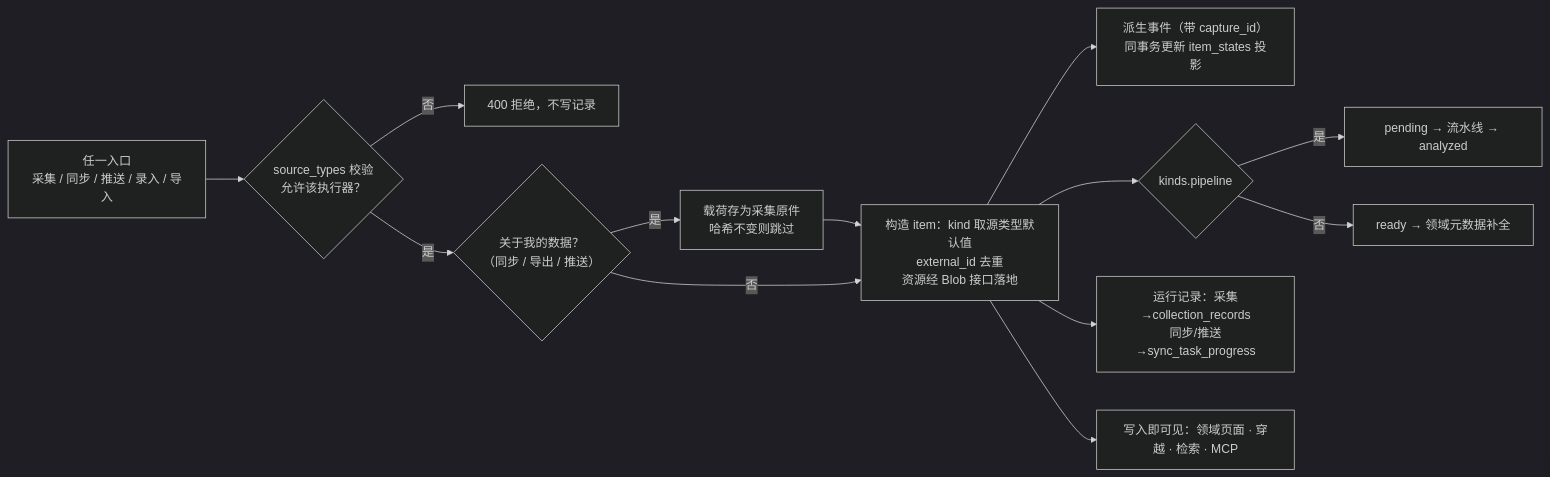
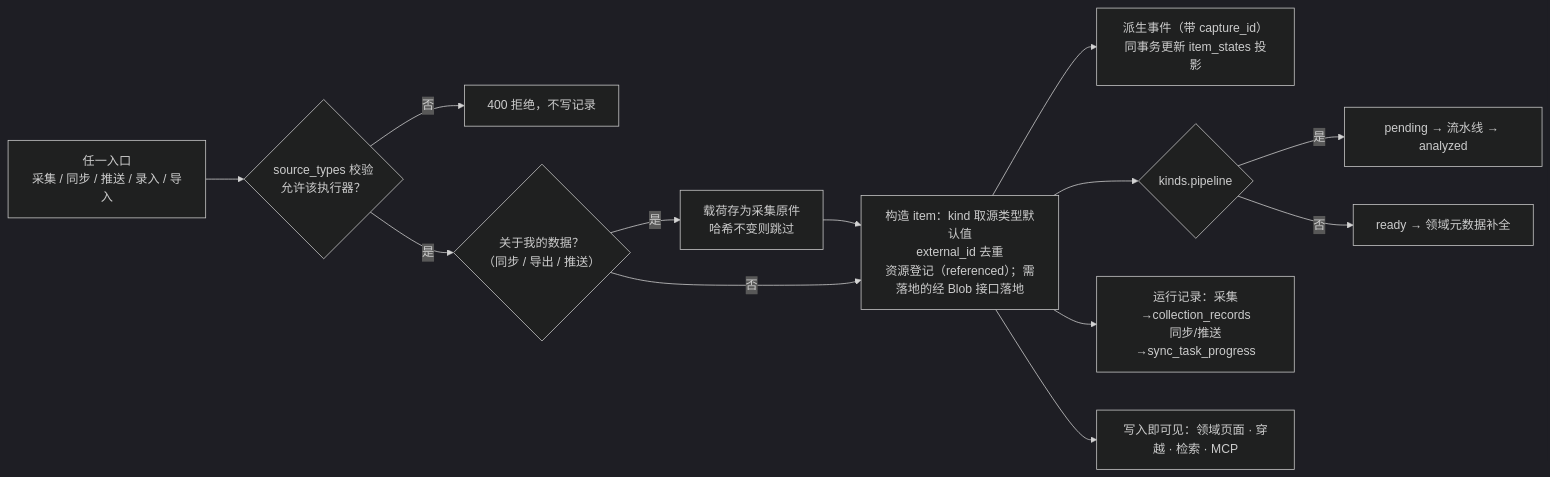
The first of 4 diagrams in docs/design_data_model.md (keylin/allin-one), drawn with Mermaid (dark theme) before and after one commit. The commit also changed other lines of this file, not shown here.

Commit message:
docs: design_data_model v1.3——按 the-one 决策 D33–D35 回填（kind 合并为 post、资源落地状态、表态/观测、更正事件、删除与压缩）

````diff
--- a/docs/design_data_model.md
+++ b/docs/design_data_model.md
@@ -294,14 +317,14 @@
 ```mermaid
 flowchart LR
   A["任一入口<br/>采集 / 同步 / 推送 / 录入 / 导入"] --> B{"source_types 校验<br/>允许该执行器？"}
   B -->|否| X["400 拒绝，不写记录"]
   B -->|是| CAP{"关于我的数据？<br/>（同步 / 导出 / 推送）"}
   CAP -->|是| CP["载荷存为采集原件<br/>哈希不变则跳过"] --> C
-  CAP -->|否| C["构造 item：kind 取源类型默认值<br/>external_id 去重<br/>资源经 Blob 接口落地"]
+  CAP -->|否| C["构造 item：kind 取源类型默认值<br/>external_id 去重<br/>资源登记（referenced）；需落地的经 Blob 接口落地"]
   C --> EV["派生事件（带 capture_id）<br/>同事务更新 item_states 投影"]
   C --> D{"kinds.pipeline"}
   D -->|是| E["pending → 流水线 → analyzed"]
   D -->|否| F["ready → 领域元数据补全"]
   C --> G["运行记录：采集→collection_records<br/>同步/推送→sync_task_progress"]
   C --> H["写入即可见：领域页面 · 穿越 · 检索 · MCP"]
 ```
````
